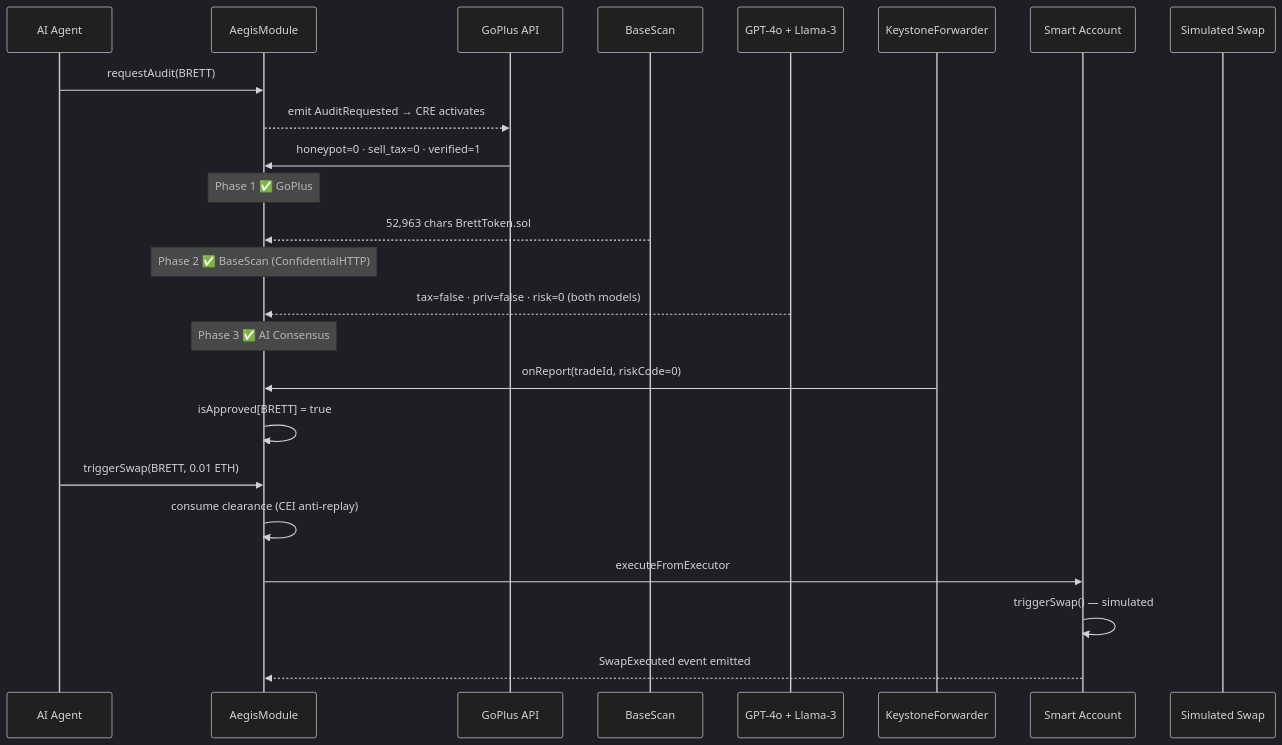
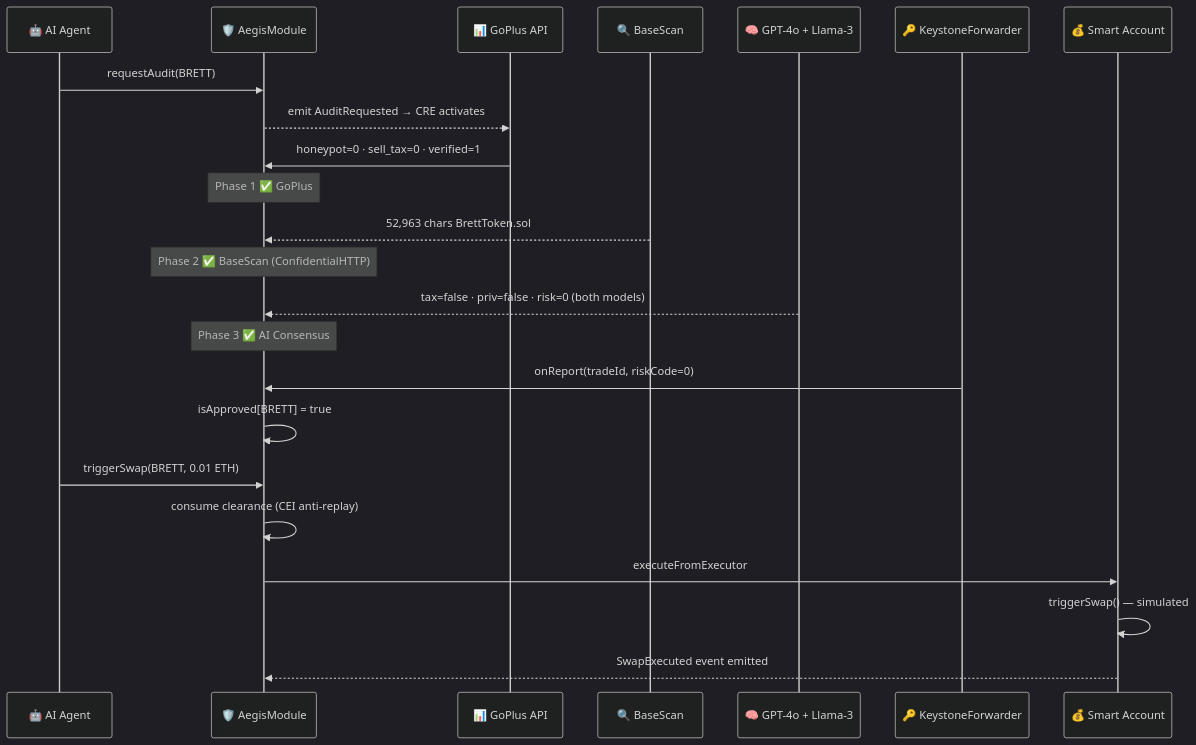
One commit to vjb/aegis-v4 changed diagram 12 of 12 in docs/ARCHITECTURE.md. Above: the diagram before and after it, drawn with Mermaid (dark theme). The commit also changed other lines of this file and 5 other files, not shown here.

Commit message:
docs: full review pass — colored mermaid diagrams, fix test counts, add sample output links

````diff
--- a/docs/ARCHITECTURE.md
+++ b/docs/ARCHITECTURE.md
@@ -340,32 +424,31 @@
 ```mermaid
 sequenceDiagram
-    participant Agent as AI Agent
-    participant AM as AegisModule
-    participant GP as GoPlus API
-    participant BS as BaseScan
-    participant LLM as GPT-4o + Llama-3
-    participant KF as KeystoneForwarder
-    participant Safe as Smart Account
-    participant Swap as Simulated Swap
+    participant Agent as 🤖 AI Agent
+    participant AM as 🛡️ AegisModule
+    participant GP as 📊 GoPlus API
+    participant BS as 🔍 BaseScan
+    participant LLM as 🧠 GPT-4o + Llama-3
+    participant KF as 🔑 KeystoneForwarder
+    participant Safe as 💰 Smart Account
 
     Agent->>AM: requestAudit(BRETT)
     AM-->>GP: emit AuditRequested → CRE activates
 
     GP->>AM: honeypot=0 · sell_tax=0 · verified=1
     Note over AM: Phase 1 ✅ GoPlus
 
     BS-->>AM: 52,963 chars BrettToken.sol
     Note over AM: Phase 2 ✅ BaseScan (ConfidentialHTTP)
 
     LLM-->>AM: tax=false · priv=false · risk=0 (both models)
     Note over AM: Phase 3 ✅ AI Consensus
 
     KF->>AM: onReport(tradeId, riskCode=0)
     AM->>AM: isApproved[BRETT] = true
 
     Agent->>AM: triggerSwap(BRETT, 0.01 ETH)
     AM->>AM: consume clearance (CEI anti-replay)
     AM->>Safe: executeFromExecutor
     Safe->>Safe: triggerSwap() — simulated
     Safe-->>AM: SwapExecuted event emitted
 ```
````
